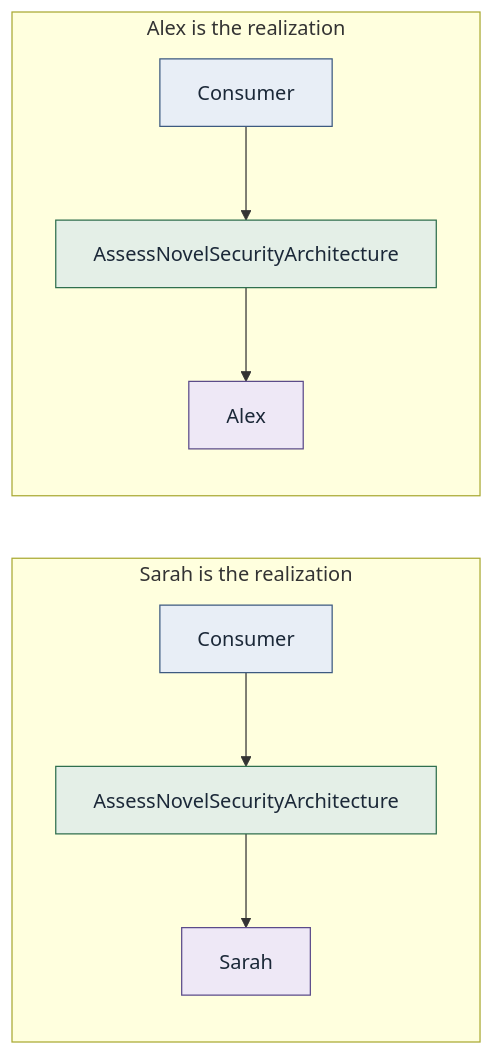
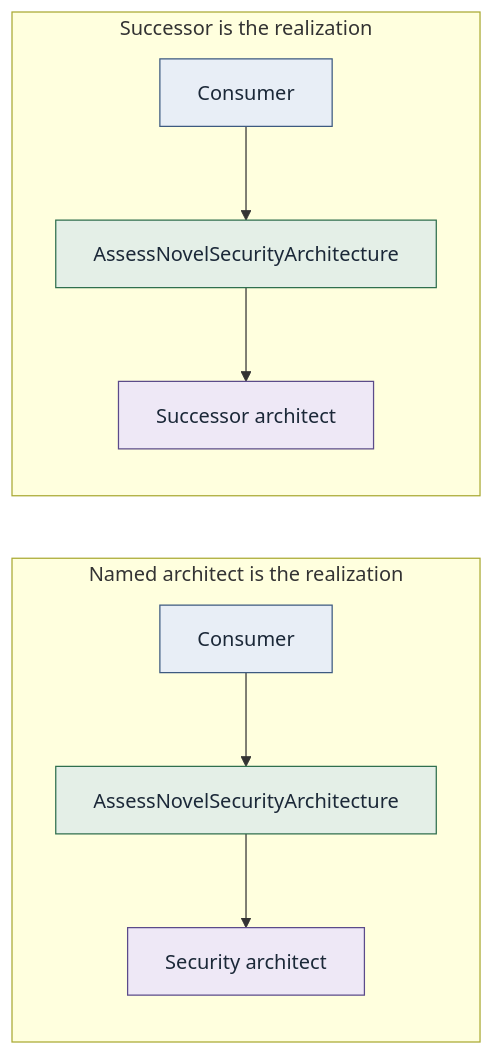
The diagram in docs/02-capabilities/organizational-independence.md (opsdevcode/convergence), drawn with Mermaid before and after one commit. The commit also changed other lines of this file and 33 other files, not shown here.

````diff
--- a/docs/02-capabilities/organizational-independence.md
+++ b/docs/02-capabilities/organizational-independence.md
@@ -17,16 +24,16 @@
 ```mermaid
 flowchart LR
-  subgraph before["Sarah is the realization"]
+  subgraph before["Named architect is the realization"]
     C1["Consumer"]:::actor --> Cap1["AssessNovelSecurityArchitecture"]:::cap
-    Cap1 --> S["Sarah"]:::real
+    Cap1 --> S["Security architect"]:::real
   end
 
-  subgraph after["Alex is the realization"]
+  subgraph after["Successor is the realization"]
     C2["Consumer"]:::actor --> Cap2["AssessNovelSecurityArchitecture"]:::cap
-    Cap2 --> A["Alex"]:::real
+    Cap2 --> A["Successor architect"]:::real
   end
 
   classDef actor fill:#E8EEF6,stroke:#3D5A80,color:#1B2838
   classDef cap fill:#E4EFE7,stroke:#2F6F4E,color:#1B2838
   classDef real fill:#EEE8F6,stroke:#5B4B8A,color:#1B2838
 ```
````
